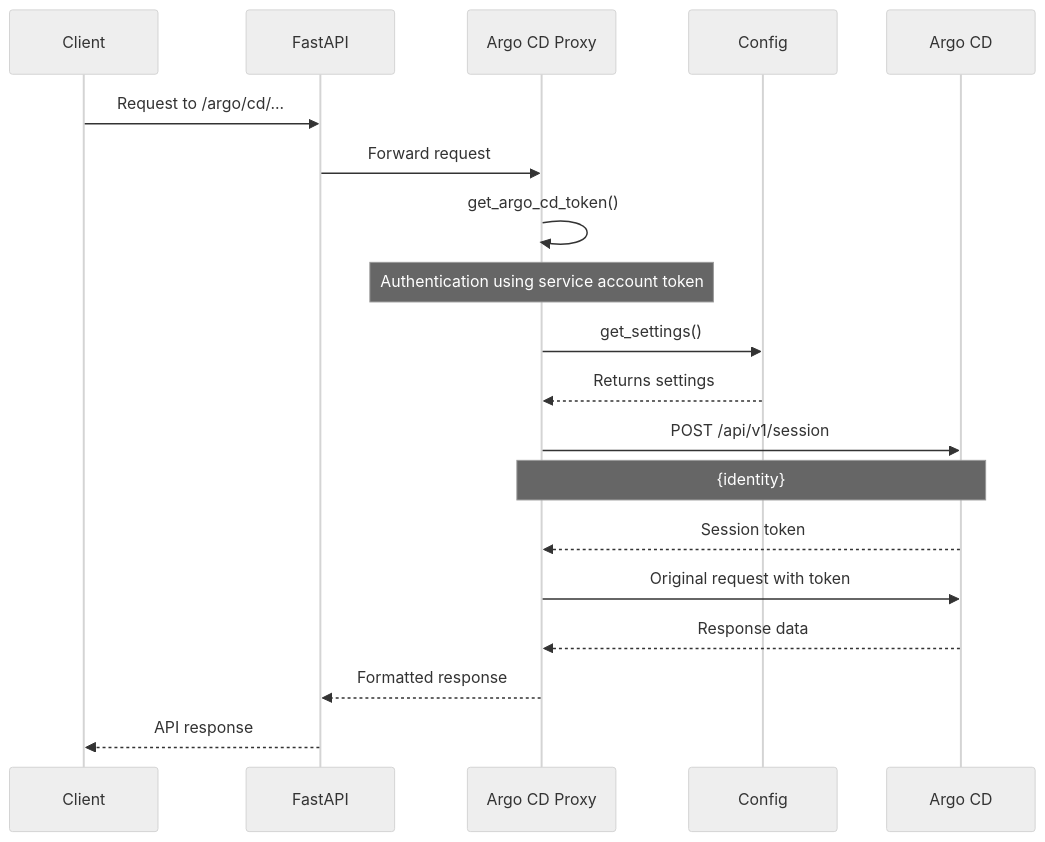
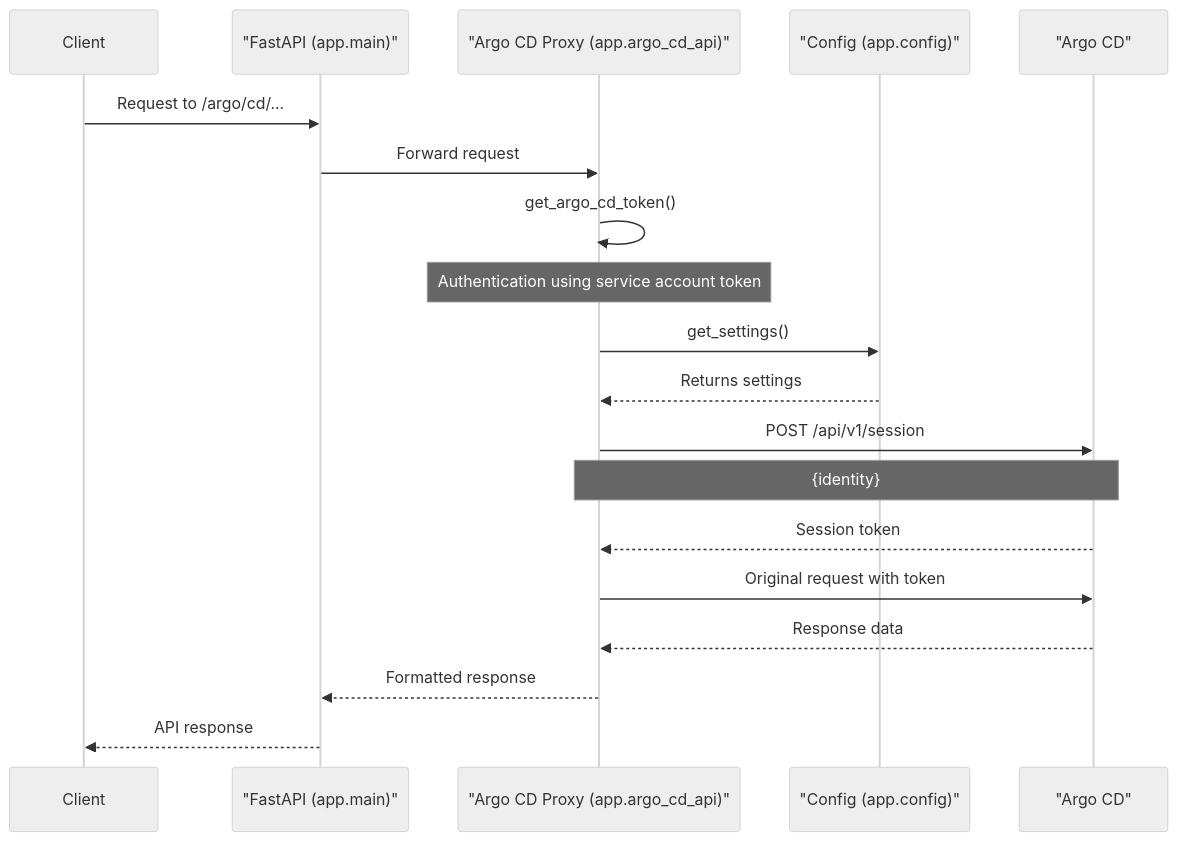
The diagram in fastapi/mermaid/argo-cd-proxy-sequence.mermaid (lloydchang/tvp-k8s), drawn with Mermaid (neutral theme) before and after one commit. The commit also changed 7 other files, not shown here.

```diff
--- a/fastapi/mermaid/argo-cd-proxy-sequence.mermaid
+++ b/fastapi/mermaid/argo-cd-proxy-sequence.mermaid
@@ -1,22 +1,22 @@
 sequenceDiagram
     participant Client
-    participant FastAPI
-    participant Argo CD Proxy
-    participant Config
-    participant Argo CD
+    participant FastAPI as "FastAPI (app.main)"
+    participant ArgoCDProxy as "Argo CD Proxy (app.argo_cd_api)"
+    participant Config as "Config (app.config)"
+    participant ArgoCD as "Argo CD"
     
     Client->>FastAPI: Request to /argo/cd/...
-    FastAPI->>Argo CD Proxy: Forward request
-    Argo CD Proxy->>Argo CD Proxy: get_argo_cd_token()
-    Note over Argo CD Proxy: Authentication using service account token
-    Argo CD Proxy->>Config: get_settings()
-    Config-->>Argo CD Proxy: Returns settings
+    FastAPI->>ArgoCDProxy: Forward request
+    ArgoCDProxy->>ArgoCDProxy: get_argo_cd_token()
+    Note over ArgoCDProxy: Authentication using service account token
+    ArgoCDProxy->>Config: get_settings()
+    Config-->>ArgoCDProxy: Returns settings
     
-    Argo CD Proxy->>Argo CD: POST /api/v1/session
-    Note over Argo CD Proxy,Argo CD: {identity}
-    Argo CD-->>Argo CD Proxy: Session token
+    ArgoCDProxy->>ArgoCD: POST /api/v1/session
+    Note over ArgoCDProxy,ArgoCD: {identity}
+    ArgoCD-->>ArgoCDProxy: Session token
     
-    Argo CD Proxy->>Argo CD: Original request with token
-    Argo CD-->>Argo CD Proxy: Response data
-    Argo CD Proxy-->>FastAPI: Formatted response
+    ArgoCDProxy->>ArgoCD: Original request with token
+    ArgoCD-->>ArgoCDProxy: Response data
+    ArgoCDProxy-->>FastAPI: Formatted response
     FastAPI-->>Client: API response
```
